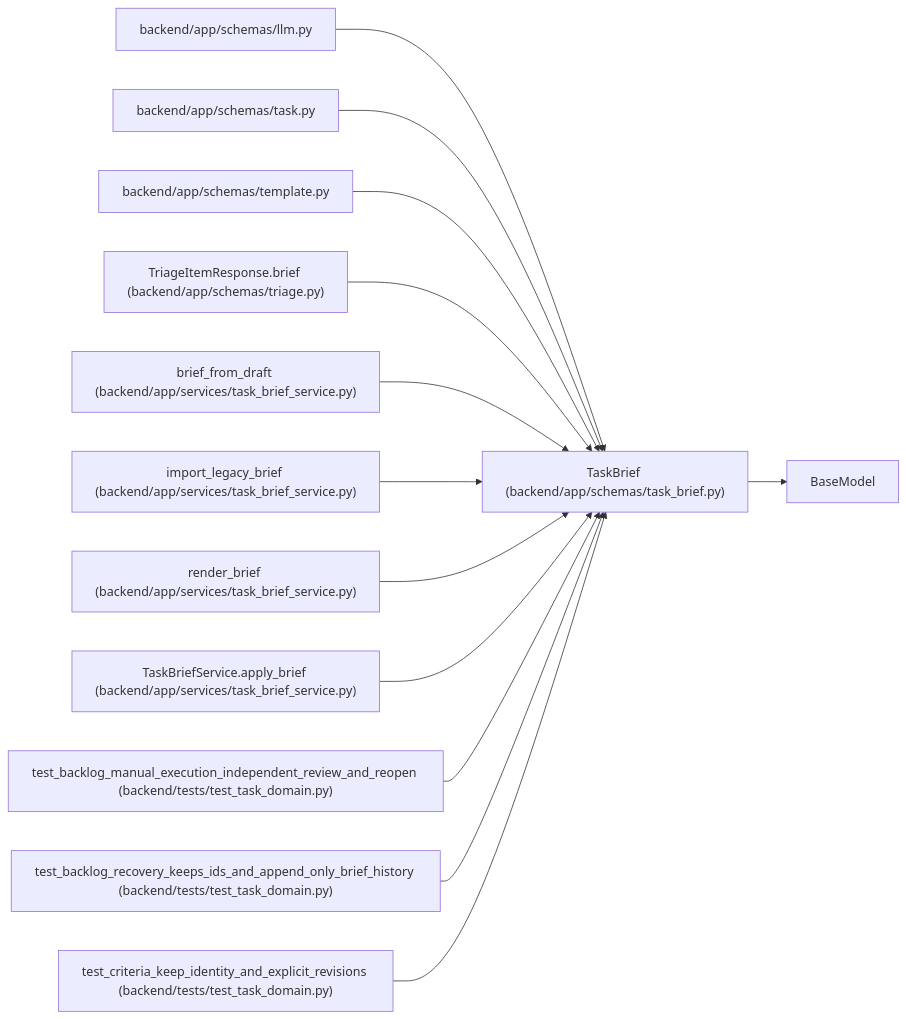
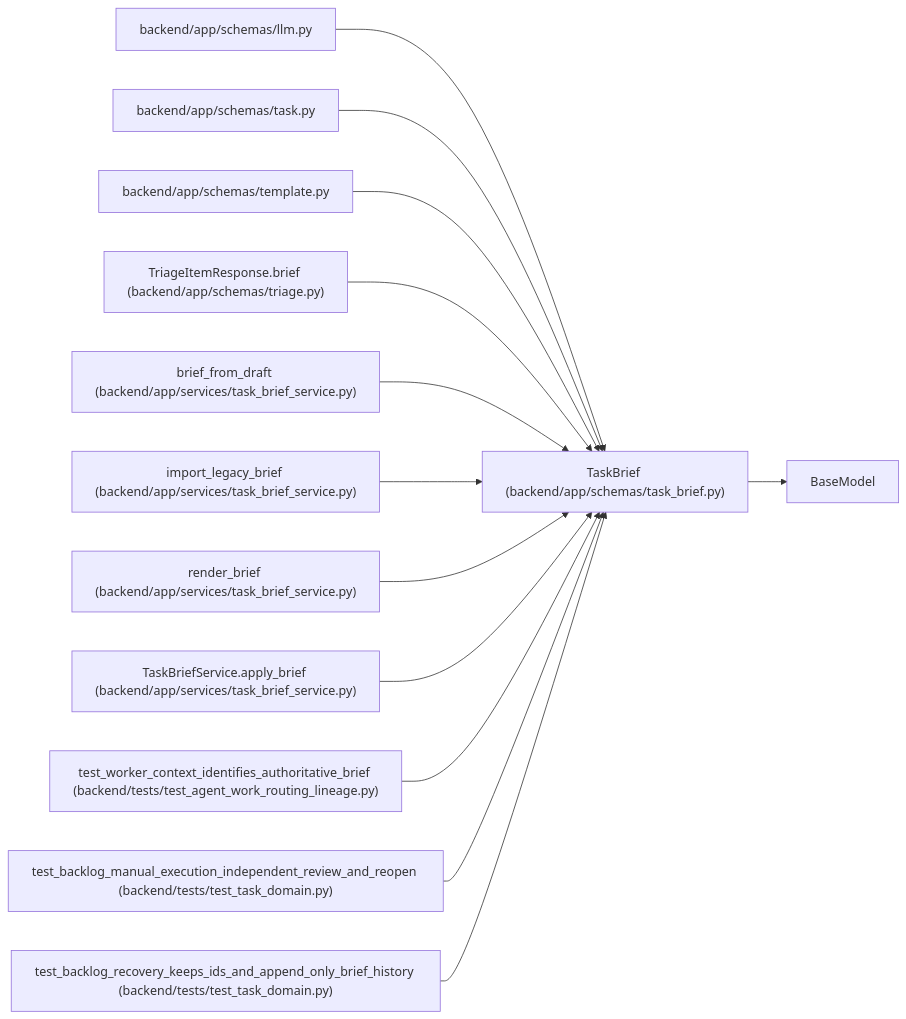
One commit to Denissvgn/WorkChord changed the diagram in docs/llm_wiki/entities/schemas_task_brief_TaskBrief.md. Above: the diagram before and after it, drawn with Mermaid. The commit also changed other lines of this file and 396 other files, not shown here.

````diff
--- a/docs/llm_wiki/entities/schemas_task_brief_TaskBrief.md
+++ b/docs/llm_wiki/entities/schemas_task_brief_TaskBrief.md
@@ -46,40 +46,40 @@
 ```mermaid
 flowchart LR
     n0["TaskBrief (backend/app/schemas/task_brief.py)"]
     n1["BaseModel"]
     n2["backend/app/schemas/llm.py"]
     n3["backend/app/schemas/task.py"]
     n4["backend/app/schemas/template.py"]
     n5["TriageItemResponse.brief (backend/app/schemas/triage.py)"]
     n6["brief_from_draft (backend/app/services/task_brief_service.py)"]
     n7["import_legacy_brief (backend/app/services/task_brief_service.py)"]
     n8["render_brief (backend/app/services/task_brief_service.py)"]
     n9["TaskBriefService.apply_brief (backend/app/services/task_brief_service.py)"]
-    n10["test_backlog_manual_execution_independent_review_and_reopen (backend/tests/test_task_domain.py)"]
-    n11["test_backlog_recovery_keeps_ids_and_append_only_brief_history (backend/tests/test_task_domain.py)"]
-    n12["test_criteria_keep_identity_and_explicit_revisions (backend/tests/test_task_domain.py)"]
+    n10["test_worker_context_identifies_authoritative_brief (backend/tests/test_agent_work_routing_lineage.py)"]
+    n11["test_backlog_manual_execution_independent_review_and_reopen (backend/tests/test_task_domain.py)"]
+    n12["test_backlog_recovery_keeps_ids_and_append_only_brief_history (backend/tests/test_task_domain.py)"]
     n0 --> n1
     n2 --> n0
     n3 --> n0
     n4 --> n0
     n5 --> n0
     n6 --> n0
     n7 --> n0
     n8 --> n0
     n9 --> n0
     n10 --> n0
     n11 --> n0
     n12 --> n0
     click n0 "../modules/schemas_task_brief.md"
     click n2 "../modules/schemas_llm.md"
     click n3 "../modules/schemas_task.md"
     click n4 "../modules/schemas_template.md"
     click n5 "../modules/schemas_triage.md"
     click n6 "../modules/task_brief_service.md"
     click n7 "../modules/task_brief_service.md"
     click n8 "../modules/task_brief_service.md"
     click n9 "../modules/task_brief_service.md"
-    click n10 "../modules/test_task_domain.md"
+    click n10 "../modules/test_agent_work_routing_lineage.md"
     click n11 "../modules/test_task_domain.md"
     click n12 "../modules/test_task_domain.md"
 ```
````
